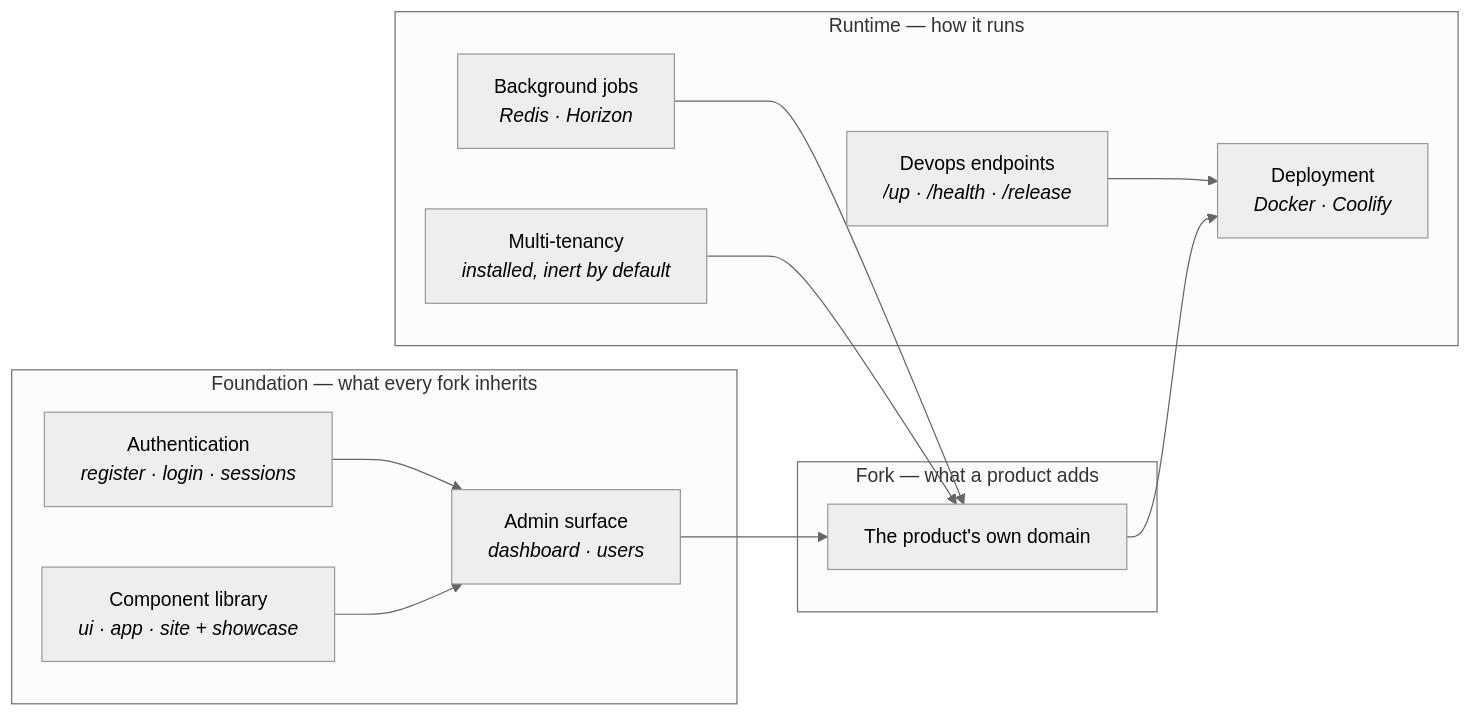
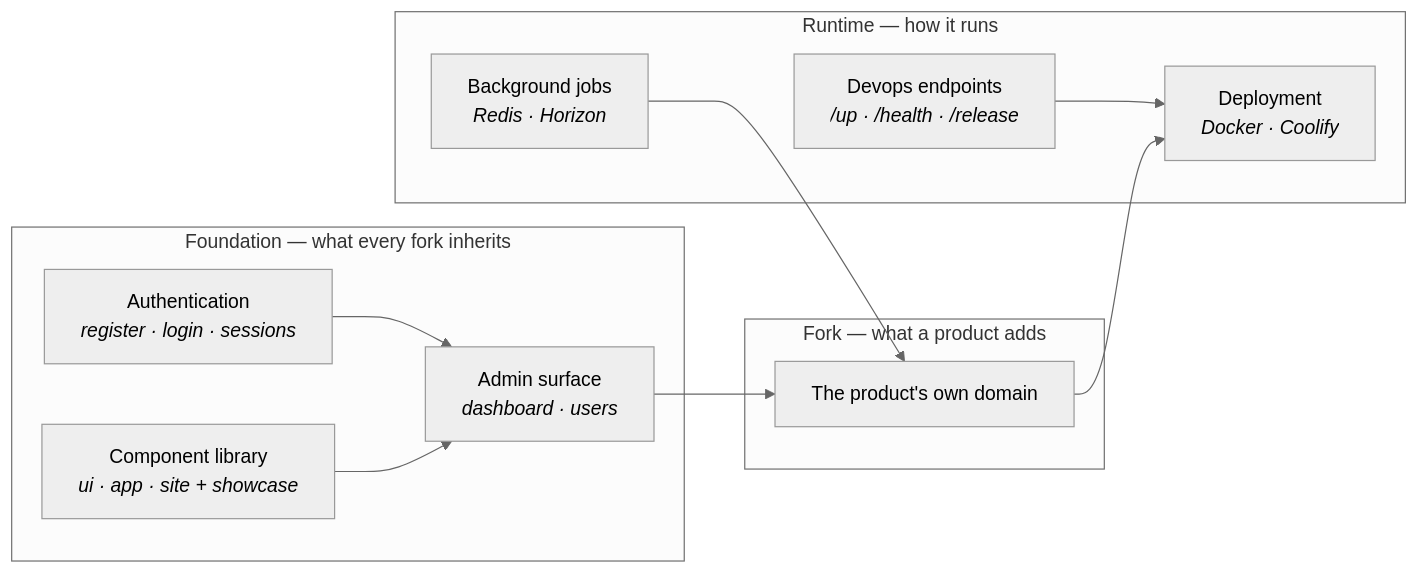
Before and after one commit to timothymarois/template-laravel-app: the diagram in docs/concepts/platform.md, drawn with Mermaid (neutral theme). The commit also changed other lines of this file and 85 other files, not shown here.

First line of the commit message:
refactor(tenancy): remove built-in multi-tenancy

````diff
--- a/docs/concepts/platform.md
+++ b/docs/concepts/platform.md
@@ -12,25 +12,23 @@
 ```mermaid
 flowchart LR
   subgraph Foundation["Foundation — what every fork inherits"]
     auth["Authentication<br/><i>register · login · sessions</i>"]
     admin["Admin surface<br/><i>dashboard · users</i>"]
     kit["Component library<br/><i>ui · app · site + showcase</i>"]
   end
   subgraph Runtime["Runtime — how it runs"]
     jobs["Background jobs<br/><i>Redis · Horizon</i>"]
     health["Devops endpoints<br/><i>/up · /health · /release</i>"]
-    tenancy["Multi-tenancy<br/><i>installed, inert by default</i>"]
     deploy["Deployment<br/><i>Docker · Coolify</i>"]
   end
   subgraph Fork["Fork — what a product adds"]
     product["The product's own domain"]
   end
 
   auth --> admin
   kit --> admin
   admin --> product
   jobs --> product
   health --> deploy
-  tenancy --> product
   product --> deploy
 ```
````
